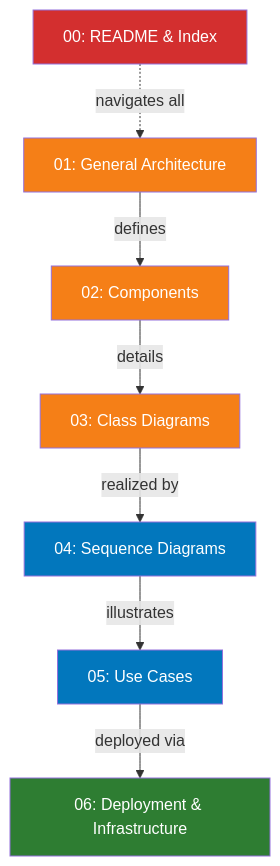
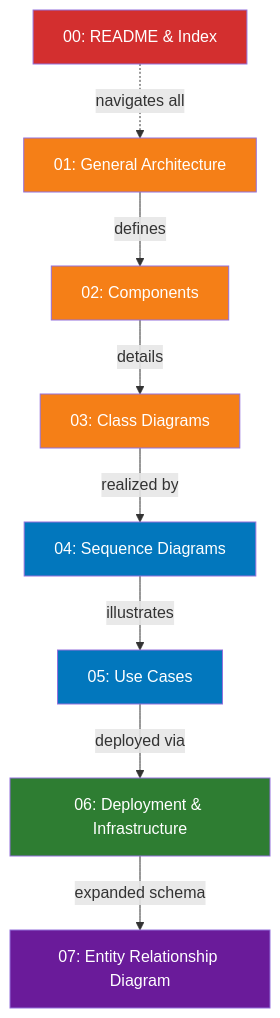
Before and after one commit to adrodriguezlopez/wine-fermentation-system: the diagram in docs/UML-diagrams/00-QUICK-REFERENCE.md, drawn with Mermaid. The commit also changed other lines of this file and 4 other files, not shown here.

Commit message:
docs(uml): add migration-based database ERD and navigation links

````diff
--- a/docs/UML-diagrams/00-QUICK-REFERENCE.md
+++ b/docs/UML-diagrams/00-QUICK-REFERENCE.md
@@ -7,25 +7,28 @@
 ```mermaid
 graph TB
     A["01: General Architecture"]
     B["02: Components"]
     C["03: Class Diagrams"]
     D["04: Sequence Diagrams"]
     E["05: Use Cases"]
     F["06: Deployment & Infrastructure"]
+    H["07: Entity Relationship Diagram"]
     G["00: README & Index"]
     
     A -->|defines| B
     B -->|details| C
     C -->|realized by| D
     D -->|illustrates| E
     E -->|deployed via| F
+    F -->|expanded schema| H
     G -.->|navigates all| A
     
     style A fill:#f57f17,color:#fff
     style B fill:#f57f17,color:#fff
     style C fill:#f57f17,color:#fff
     style D fill:#0277bd,color:#fff
     style E fill:#0277bd,color:#fff
     style F fill:#2e7d32,color:#fff
+    style H fill:#6a1b9a,color:#fff
     style G fill:#d32f2f,color:#fff
 ```
````
